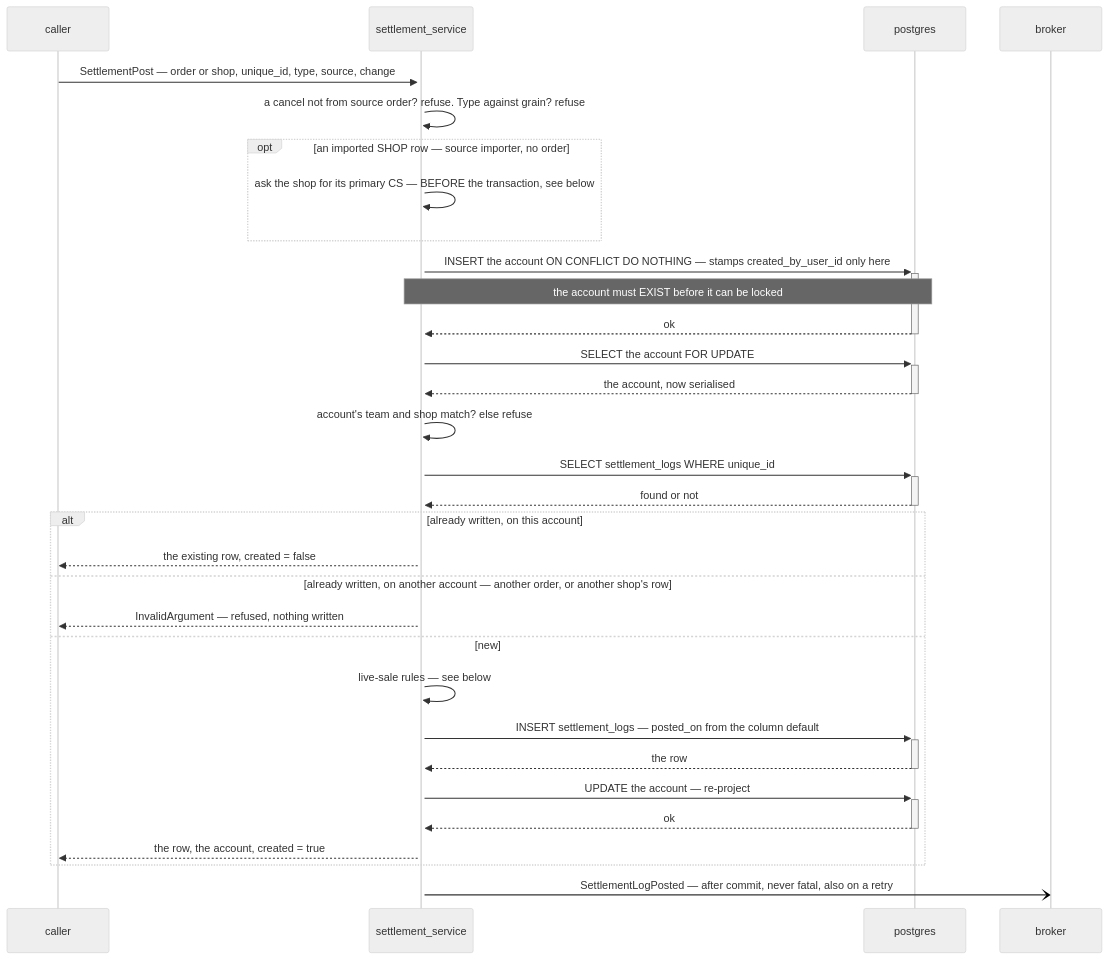
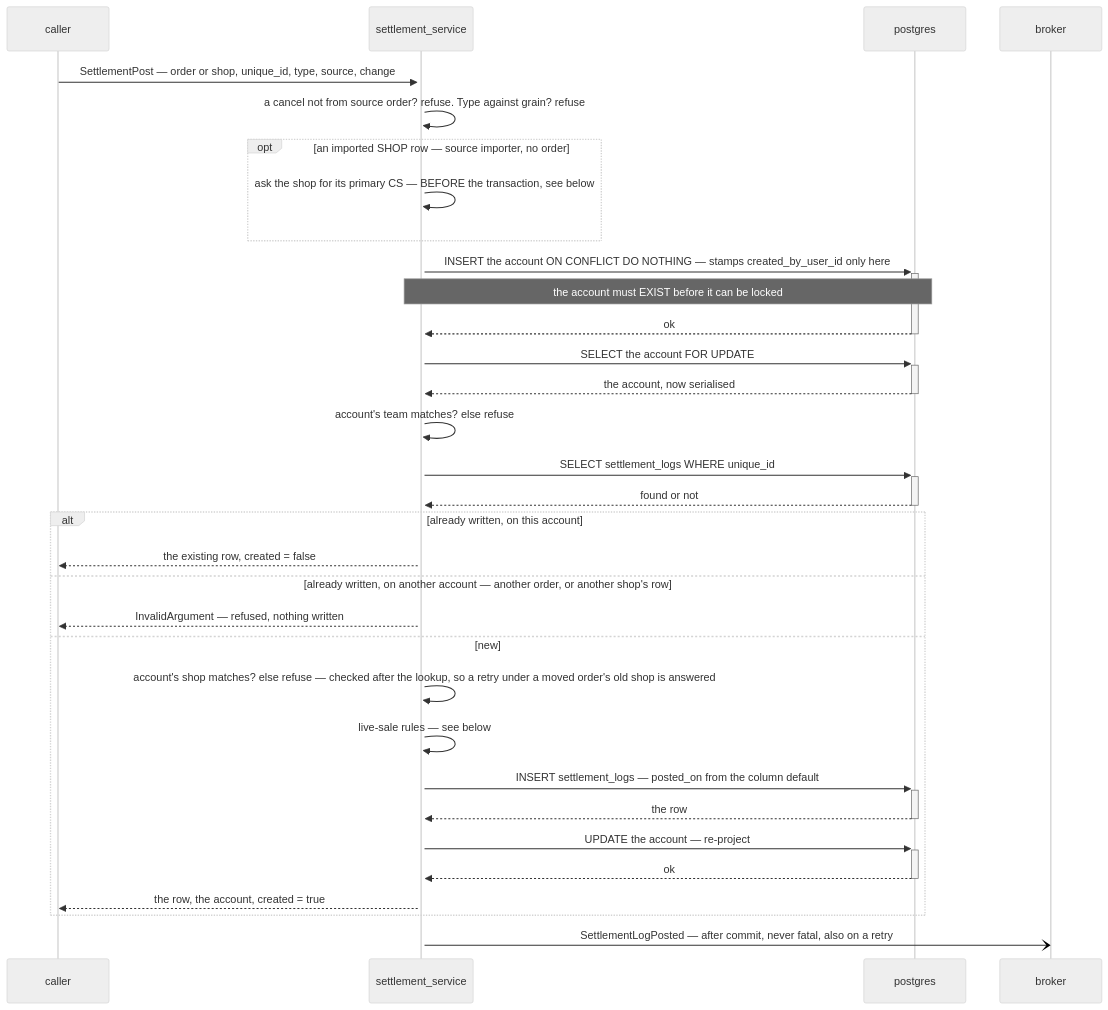
One commit to pdcgo/warehouse_revamp changed the second of 11 diagrams in docs/services/settlement_service/rpc.md. Above: the diagram before and after it, drawn with Mermaid (neutral theme). The commit also changed other lines of this file and 429 other files, not shown here.

````diff
--- a/docs/services/settlement_service/rpc.md
+++ b/docs/services/settlement_service/rpc.md
@@ -47,34 +47,35 @@
 ```mermaid
 sequenceDiagram
   participant C as caller
   participant S as settlement_service
   participant DB as postgres
   participant B as broker
 
   C->>+S: SettlementPost — order or shop, unique_id, type, source, change
   S->>S: a cancel not from source order? refuse. Type against grain? refuse
   opt an imported SHOP row — source importer, no order
     S->>S: ask the shop for its primary CS — BEFORE the transaction, see below
   end
   S->>+DB: INSERT the account ON CONFLICT DO NOTHING — stamps created_by_user_id only here
   Note over S,DB: the account must EXIST before it can be locked
   DB-->>-S: ok
   S->>+DB: SELECT the account FOR UPDATE
   DB-->>-S: the account, now serialised
-  S->>S: account's team and shop match? else refuse
+  S->>S: account's team matches? else refuse
   S->>+DB: SELECT settlement_logs WHERE unique_id
   DB-->>-S: found or not
   alt already written, on this account
     S-->>C: the existing row, created = false
   else already written, on another account — another order, or another shop's row
     S-->>C: InvalidArgument — refused, nothing written
   else new
+    S->>S: account's shop matches? else refuse — checked after the lookup, so a retry under a moved order's old shop is answered
     S->>S: live-sale rules — see below
     S->>+DB: INSERT settlement_logs — posted_on from the column default
     DB-->>-S: the row
     S->>+DB: UPDATE the account — re-project
     DB-->>-S: ok
     S-->>C: the row, the account, created = true
   end
   S-)B: SettlementLogPosted — after commit, never fatal, also on a retry
 ```
````
